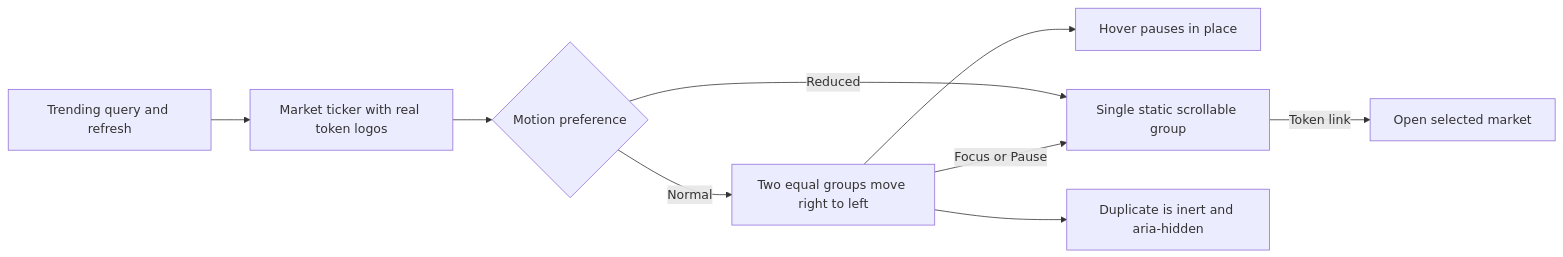
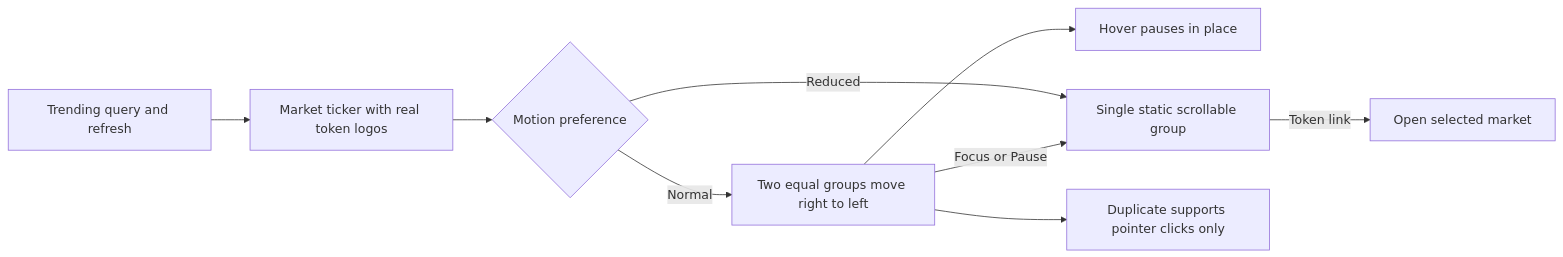
One commit to jog01/agele-web changed the diagram in docs/terminal-shell.md. Above: the diagram before and after it, drawn with Mermaid. The commit also changed other lines of this file and 2 other files, not shown here.

Commit message:
fix(shell): keep ticker targets stable on pointer clicks

````diff
--- a/docs/terminal-shell.md
+++ b/docs/terminal-shell.md
@@ -19,11 +19,11 @@
 ```mermaid
 flowchart LR
   Q[Trending query and refresh] --> T[Market ticker with real token logos]
   T --> A{Motion preference}
   A -->|Normal| M[Two equal groups move right to left]
   M --> H[Hover pauses in place]
   A -->|Reduced| S[Single static scrollable group]
   M -->|Focus or Pause| S
   S -->|Token link| R[Open selected market]
-  M --> D[Duplicate is inert and aria-hidden]
+  M --> D[Duplicate supports pointer clicks only]
 ```
````
